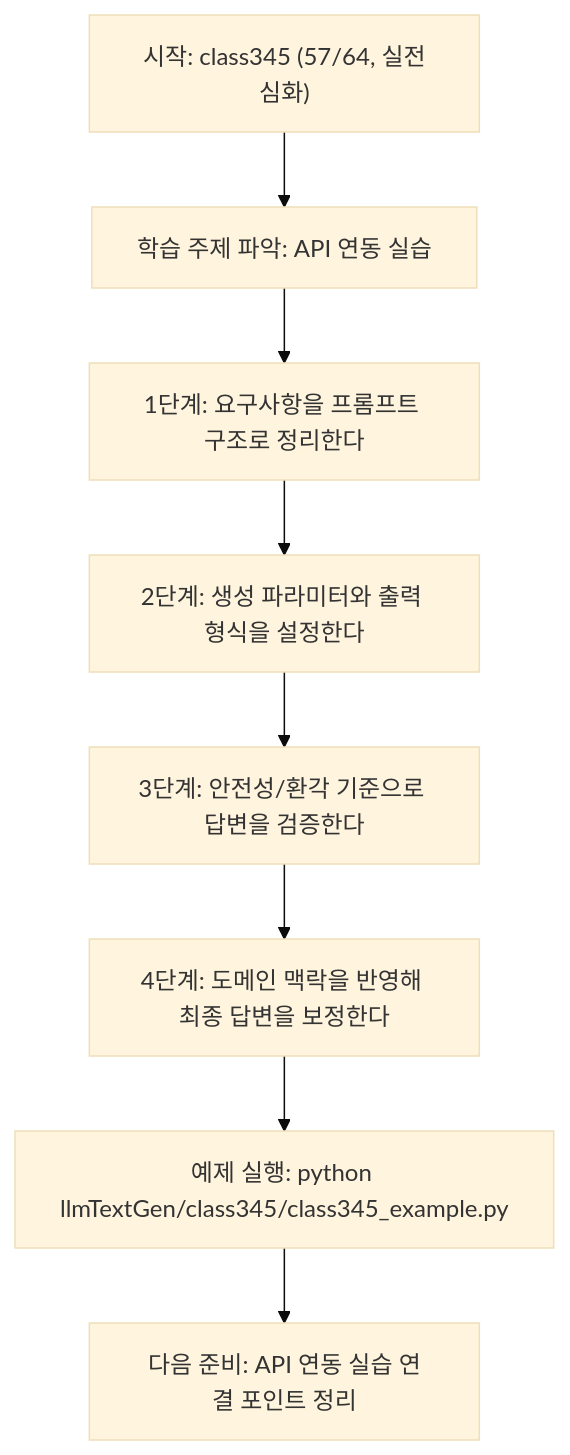
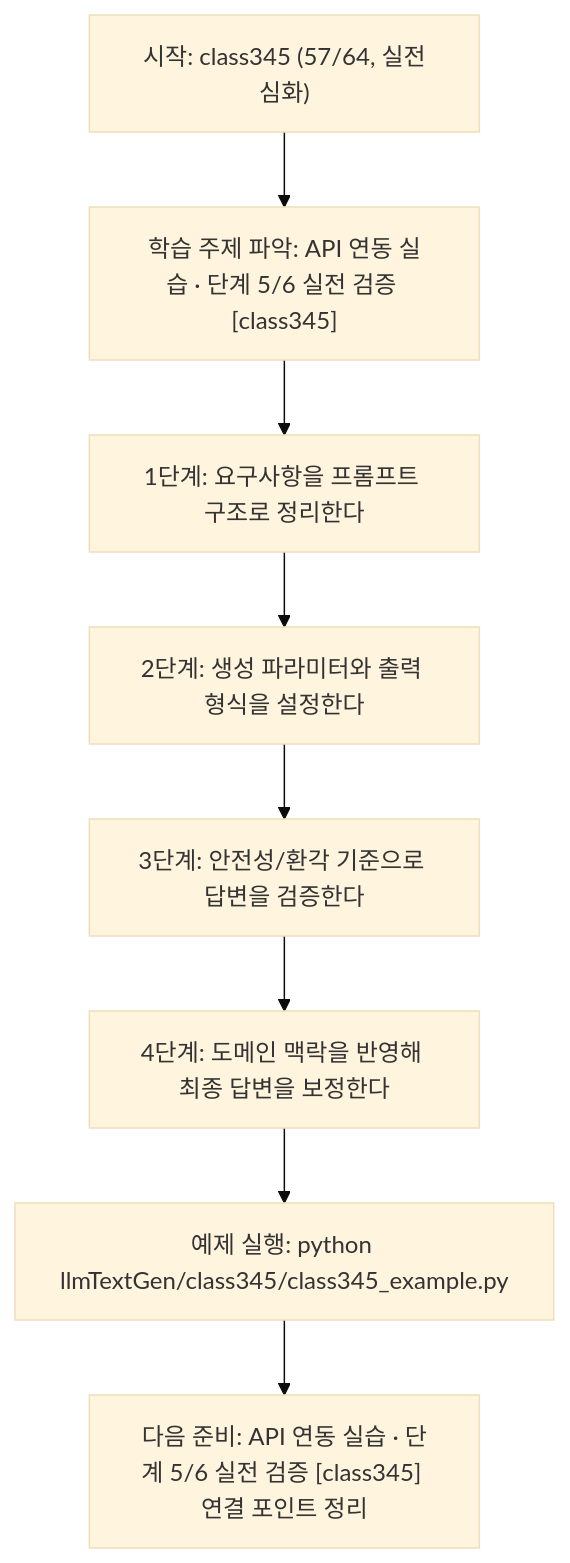
One commit to edumgt/Python-AI_Agent-Class changed the diagram in llmTextGen/class345/class345.md. Above: the diagram before and after it, drawn with Mermaid (base theme). The commit also changed other lines of this file and 522 other files, not shown here.

````diff
--- a/llmTextGen/class345/class345.md
+++ b/llmTextGen/class345/class345.md
@@ -113,18 +114,18 @@
 ```mermaid
 flowchart TD
 N1["시작: class345 (57/64, 실전심화)"]
-N2["학습 주제 파악: API 연동 실습"]
+N2["학습 주제 파악: API 연동 실습 · 단계 5/6 실전 검증 [class345]"]
 N3["1단계: 요구사항을 프롬프트 구조로 정리한다"]
 N4["2단계: 생성 파라미터와 출력 형식을 설정한다"]
 N5["3단계: 안전성/환각 기준으로 답변을 검증한다"]
 N6["4단계: 도메인 맥락을 반영해 최종 답변을 보정한다"]
 N7["예제 실행: python llmTextGen/class345/class345_example.py"]
-N8["다음 준비: API 연동 실습 연결 포인트 정리"]
+N8["다음 준비: API 연동 실습 · 단계 5/6 실전 검증 [class345] 연결 포인트 정리"]
 N1 --> N2
 N2 --> N3
 N3 --> N4
 N4 --> N5
 N5 --> N6
 N6 --> N7
 N7 --> N8
 ```
````
